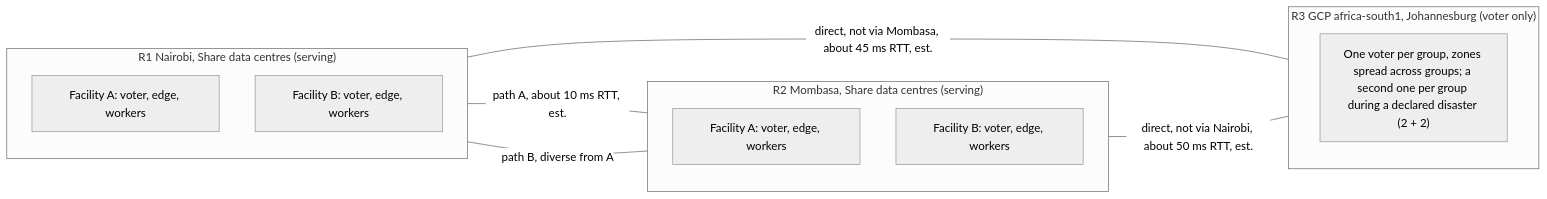
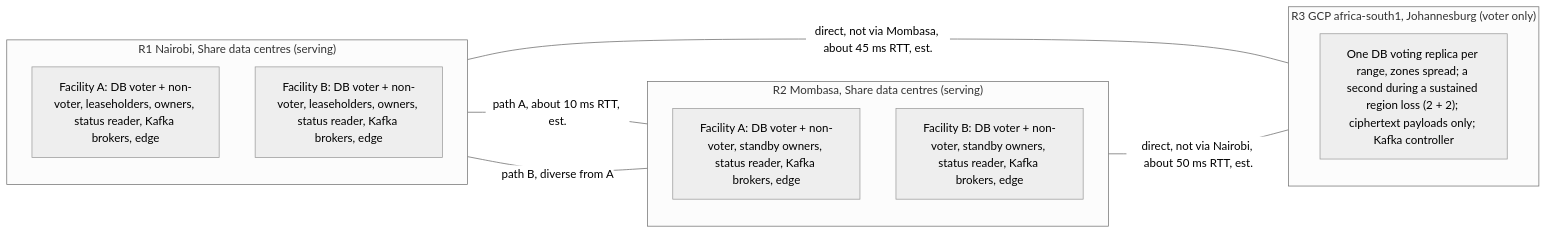
One commit to tgenov/bandwidth-reservations changed the fourth of 4 diagrams in docs/03-rfcs/RFC-000-architecture.md. Above: the diagram before and after it, drawn with Mermaid (neutral theme). The commit also changed other lines of this file and 16 other files, not shown here.

````diff
--- a/docs/03-rfcs/RFC-000-architecture.md
+++ b/docs/03-rfcs/RFC-000-architecture.md
@@ -751,18 +885,18 @@
 ```mermaid
 flowchart LR
   subgraph R1["R1 Nairobi, Share data centres (serving)"]
-    R1a["Facility A: voter, edge, workers"]
-    R1b["Facility B: voter, edge, workers"]
+    R1a["Facility A: DB voter + non-voter, leaseholders, owners, status reader, Kafka brokers, edge"]
+    R1b["Facility B: DB voter + non-voter, leaseholders, owners, status reader, Kafka brokers, edge"]
   end
   subgraph R2["R2 Mombasa, Share data centres (serving)"]
-    R2a["Facility A: voter, edge, workers"]
-    R2b["Facility B: voter, edge, workers"]
+    R2a["Facility A: DB voter + non-voter, standby owners, status reader, Kafka brokers, edge"]
+    R2b["Facility B: DB voter + non-voter, standby owners, status reader, Kafka brokers, edge"]
   end
   subgraph R3["R3 GCP africa-south1, Johannesburg (voter only)"]
-    R3a["One voter per group, zones spread across groups; a second one per group during a declared disaster (2 + 2)"]
+    R3a["One DB voting replica per range, zones spread; a second during a sustained region loss (2 + 2); ciphertext payloads only; Kafka controller"]
   end
   R1 ---|"path A, about 10 ms RTT, est."| R2
   R1 ---|"path B, diverse from A"| R2
   R1 ---|"direct, not via Mombasa, about 45 ms RTT, est."| R3
   R2 ---|"direct, not via Nairobi, about 50 ms RTT, est."| R3
 ```
````
